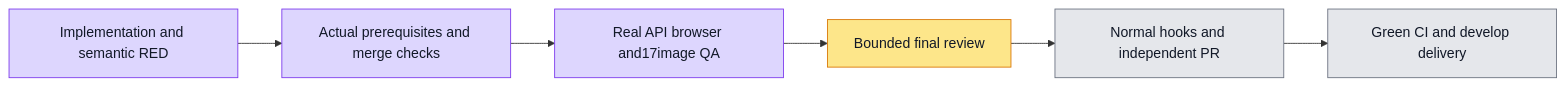
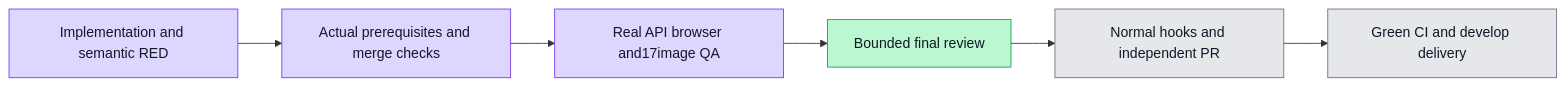
One commit to boardx/workspacex changed the diagram in evidence/admin-member-quotas-i18n-6212/README.md. Above: the diagram before and after it, drawn with Mermaid. The commit also changed other lines of this file and 1 other file, not shown here.

Commit message:
docs: record bounded final quota acceptance review

````diff
--- a/evidence/admin-member-quotas-i18n-6212/README.md
+++ b/evidence/admin-member-quotas-i18n-6212/README.md
@@ -21,8 +21,9 @@
 ```mermaid
 flowchart LR
- A[Implementation and semantic RED]:::tested --> B[Actual prerequisites and merge checks]:::tested --> C[Real API browser and17image QA]:::tested --> D[Bounded final review]:::doing --> E[Normal hooks and independent PR]:::todo --> F[Green CI and develop delivery]:::todo
+ A[Implementation and semantic RED]:::tested --> B[Actual prerequisites and merge checks]:::tested --> C[Real API browser and17image QA]:::tested --> D[Bounded final review]:::done --> E[Normal hooks and independent PR]:::todo --> F[Green CI and develop delivery]:::todo
  classDef todo fill:#e5e7eb,stroke:#6b7280,color:#111827
  classDef doing fill:#fde68a,stroke:#d97706,color:#111827
  classDef done fill:#bbf7d0,stroke:#16a34a,color:#111827
+ classDef done fill:#bbf7d0,stroke:#16a34a,color:#111827
  classDef tested fill:#ddd6fe,stroke:#7c3aed,color:#111827
 ```
````
